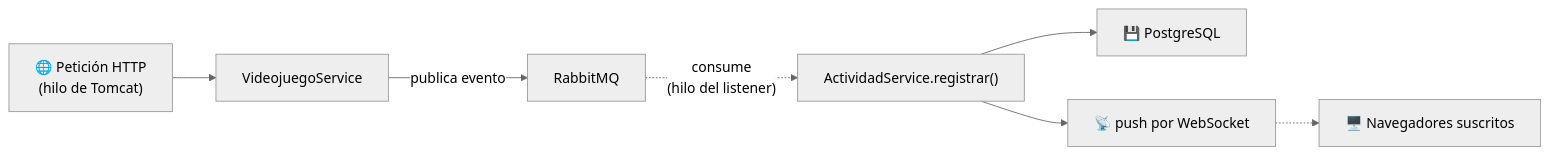
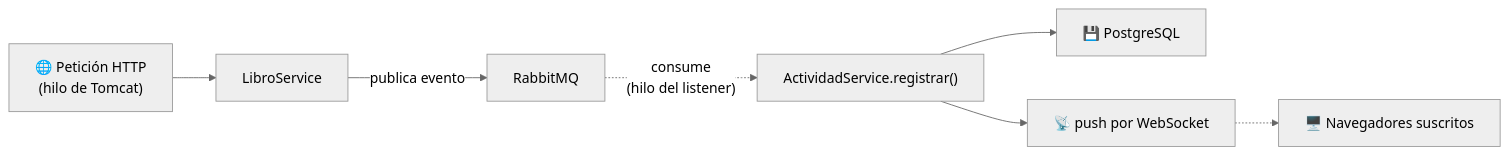
One commit to aitorventura/programacion-servicios-procesos changed the diagram in docs/tema4/actividad-en-vivo-cierre.md. Above: the diagram before and after it, drawn with Mermaid (neutral theme). The commit also changed other lines of this file and 18 other files, not shown here.

````diff
--- a/docs/tema4/actividad-en-vivo-cierre.md
+++ b/docs/tema4/actividad-en-vivo-cierre.md
@@ -15,9 +15,9 @@
 ```mermaid
 flowchart LR
-    A["🌐 Petición HTTP<br/>(hilo de Tomcat)"] --> B["VideojuegoService"]
+    A["🌐 Petición HTTP<br/>(hilo de Tomcat)"] --> B["LibroService"]
     B -->|"publica evento"| C["RabbitMQ"]
     C -.->|"consume<br/>(hilo del listener)"| D["ActividadService.registrar()"]
     D --> E["💾 PostgreSQL"]
     D --> F["📡 push por WebSocket"]
     F -.-> G["🖥️ Navegadores suscritos"]
 ```
````
